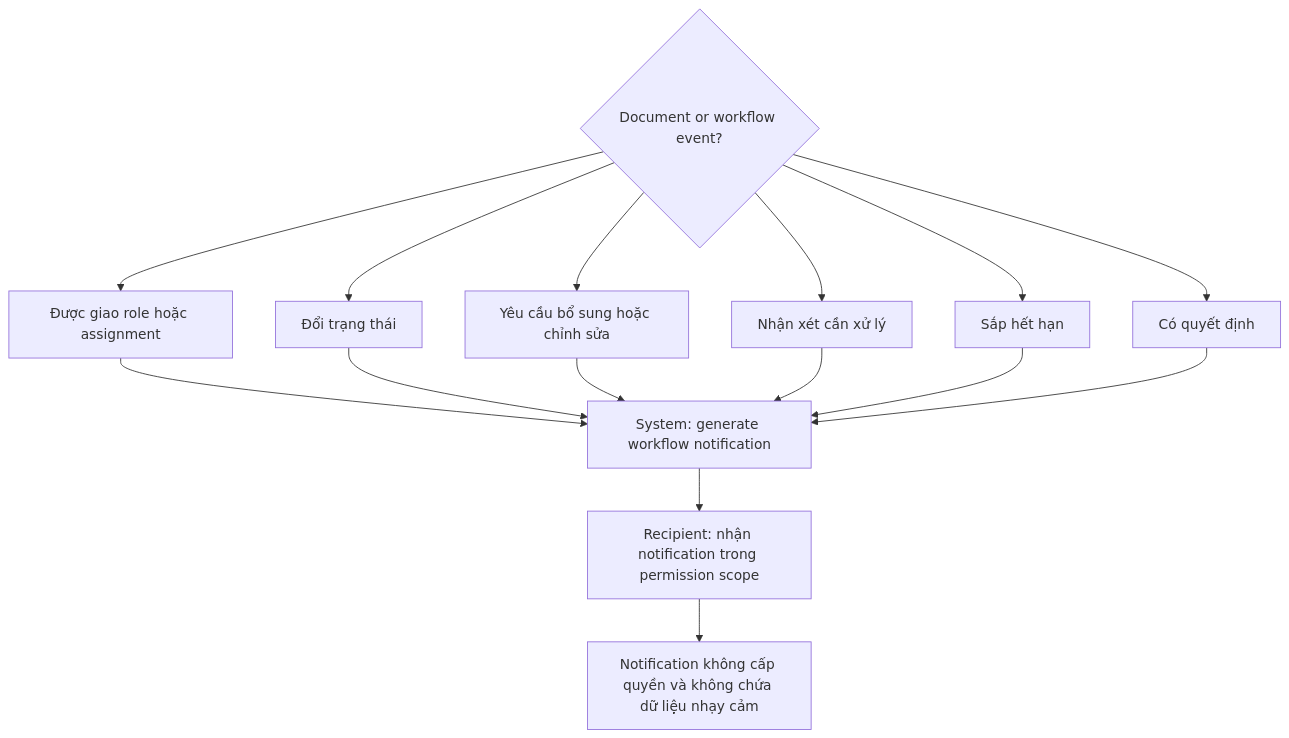
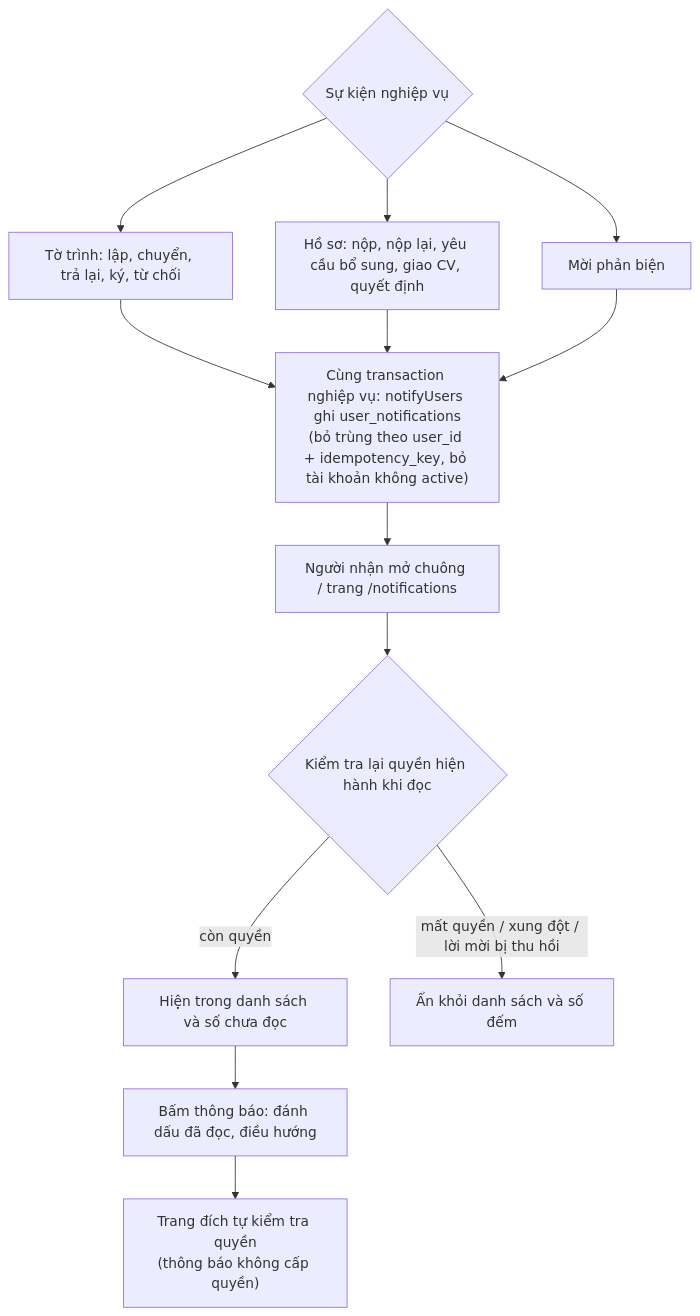
Before and after one commit to thanhdotien278/DocManS: the diagram in docs/diagrams/notifications.md, drawn with Mermaid. The commit also changed other lines of this file and 26 other files, not shown here.

First line of the commit message:
feat(notifications): thông báo trong ứng dụng theo sự kiện nghiệp vụ (Story 11.1)

````diff
--- a/docs/diagrams/notifications.md
+++ b/docs/diagrams/notifications.md
@@ -3,21 +3,21 @@
 ```mermaid
 flowchart TD
-  event{"Document or workflow event?"}
-  role_event["Được giao role hoặc assignment"]
-  state_event["Đổi trạng thái"]
-  supplement_event["Yêu cầu bổ sung hoặc chỉnh sửa"]
-  action_event["Nhận xét cần xử lý"]
-  deadline_event["Sắp hết hạn"]
-  decision_event["Có quyết định"]
-  generate["System: generate workflow notification"]
-  recipient["Recipient: nhận notification trong permission scope"]
-  boundary["Notification không cấp quyền và không chứa dữ liệu nhạy cảm"]
+  event{"Sự kiện nghiệp vụ"}
+  approval_event["Tờ trình: lập, chuyển, trả lại, ký, từ chối"]
+  proposal_event["Hồ sơ: nộp, nộp lại, yêu cầu bổ sung, giao CV, quyết định"]
+  review_event["Mời phản biện"]
+  write["Cùng transaction nghiệp vụ: notifyUsers ghi user_notifications<br/>(bỏ trùng theo user_id + idempotency_key, bỏ tài khoản không active)"]
+  read["Người nhận mở chuông / trang /notifications"]
+  reauth{"Kiểm tra lại quyền hiện hành khi đọc"}
+  shown["Hiện trong danh sách và số chưa đọc"]
+  hidden["Ẩn khỏi danh sách và số đếm"]
+  open["Bấm thông báo: đánh dấu đã đọc, điều hướng"]
+  target["Trang đích tự kiểm tra quyền<br/>(thông báo không cấp quyền)"]
 
-  event --> role_event --> generate
-  event --> state_event --> generate
-  event --> supplement_event --> generate
-  event --> action_event --> generate
-  event --> deadline_event --> generate
-  event --> decision_event --> generate
-  generate --> recipient --> boundary
+  event --> approval_event --> write
+  event --> proposal_event --> write
+  event --> review_event --> write
+  write --> read --> reauth
+  reauth -- "còn quyền" --> shown --> open --> target
+  reauth -- "mất quyền / xung đột / lời mời bị thu hồi" --> hidden
 ```
````
